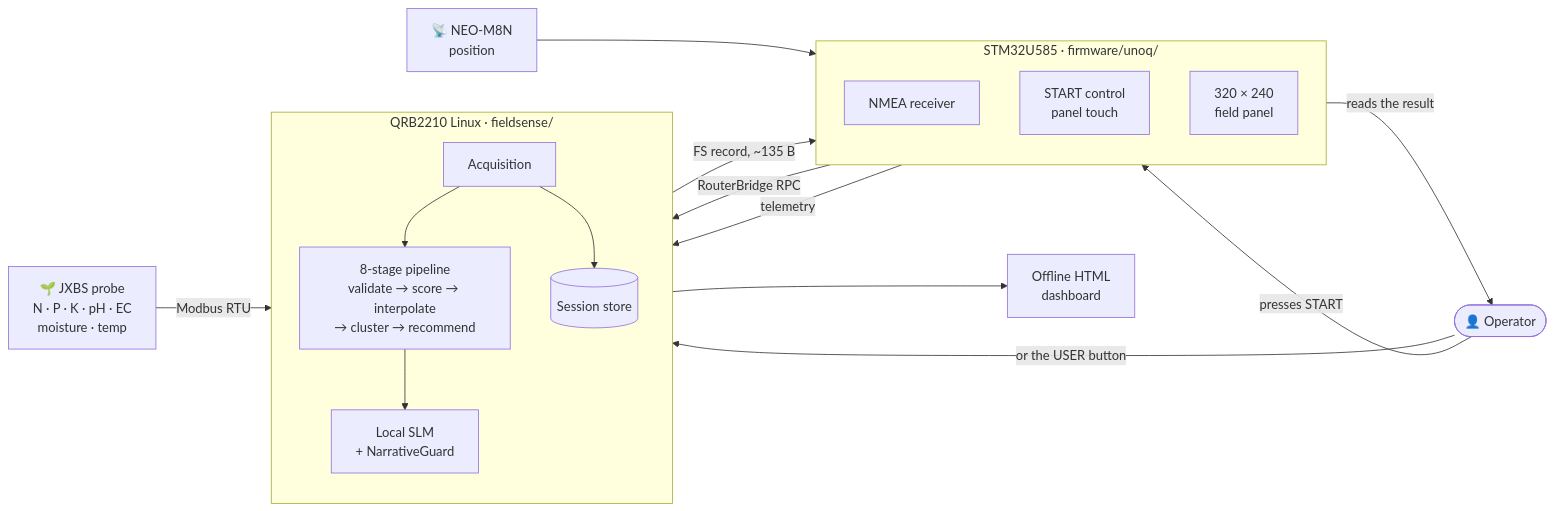
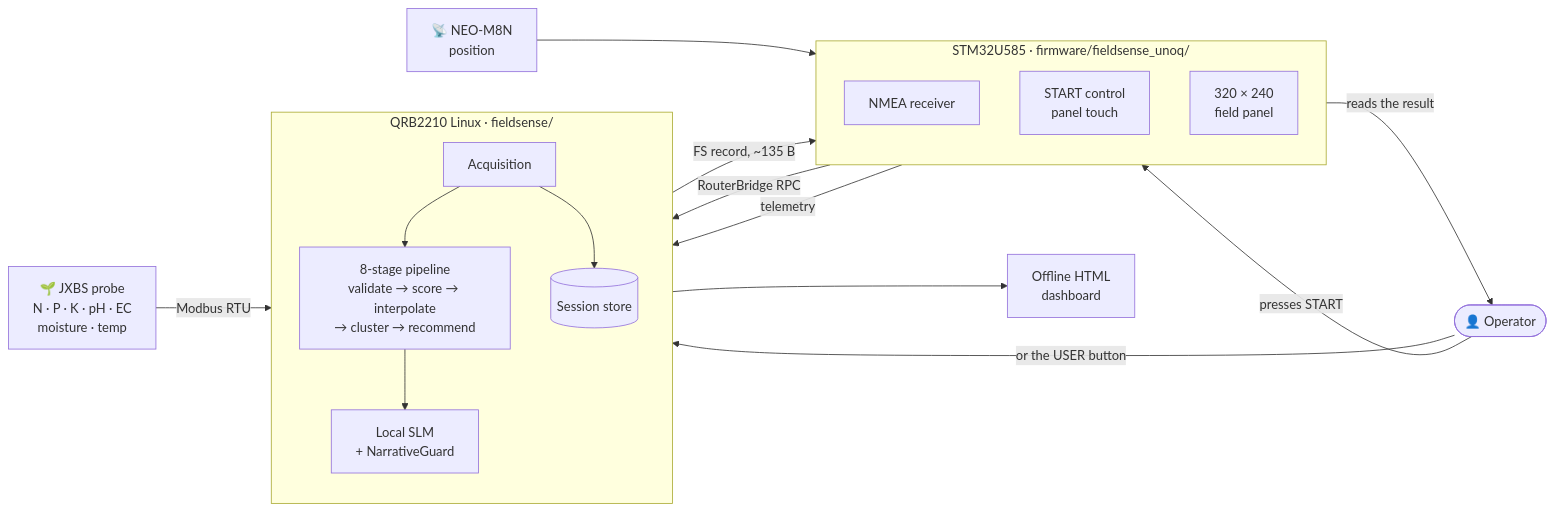
Before and after one commit to lovshikvinnu/FieldSense: the first of 2 diagrams in README.md, drawn with Mermaid. The commit also changed 11 other files, not shown here.

````diff
--- a/README.md
+++ b/README.md
@@ -76,33 +76,33 @@
 ```mermaid
 flowchart LR
     OP(["👤 Operator"])
     PROBE["🌱 JXBS probe<br/>N · P · K · pH · EC<br/>moisture · temp"]
     SAT["📡 NEO-M8N<br/>position"]
 
-    subgraph MCU["STM32U585 · firmware/unoq/"]
+    subgraph MCU["STM32U585 · firmware/fieldsense_unoq/"]
         direction TB
         GPSRX["NMEA receiver"]
         START["START control<br/>panel touch"]
         PANEL["320 × 240<br/>field panel"]
     end
 
     subgraph LINUX["QRB2210 Linux · fieldsense/"]
         direction TB
         ACQ["Acquisition"]
         PIPE["8-stage pipeline<br/>validate → score → interpolate<br/>→ cluster → recommend"]
         AI["Local SLM<br/>+ NarrativeGuard"]
         STORE[("Session store")]
         ACQ --> PIPE --> AI
         ACQ --> STORE
     end
 
     SAT --> GPSRX
     OP -->|"presses START"| START
     OP -->|"or the USER button"| ACQ
     PROBE -->|"Modbus RTU"| ACQ
     GPSRX -->|"RouterBridge RPC"| ACQ
     START -->|"telemetry"| ACQ
     AI -->|"FS record, ~135 B"| PANEL
     AI --> HTML["Offline HTML<br/>dashboard"]
     PANEL -->|"reads the result"| OP
 ```
````
